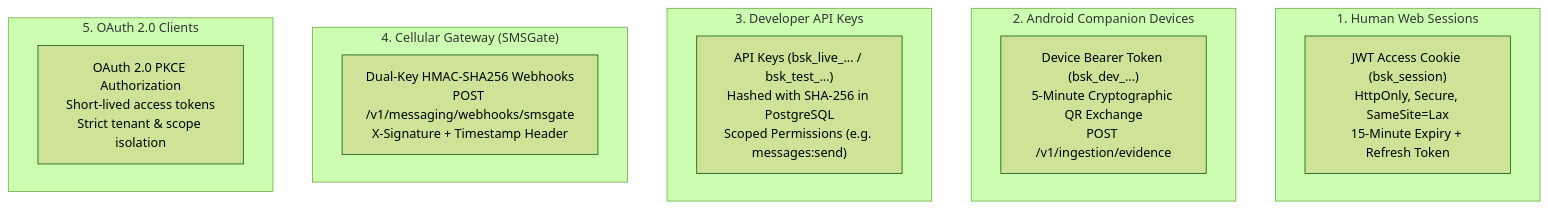
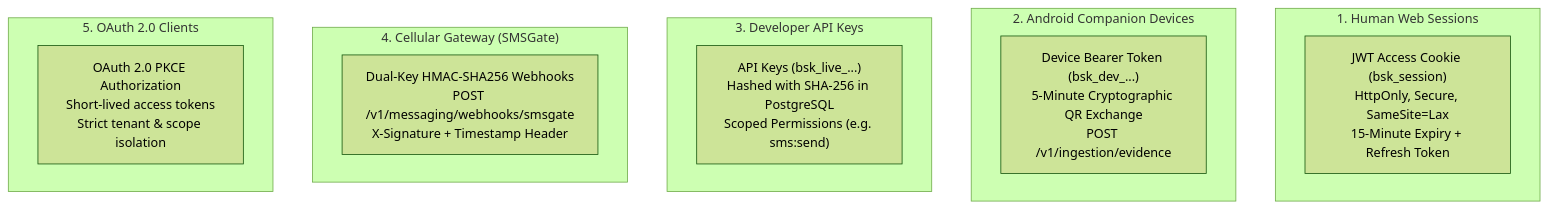
One commit to realmadede/BriskSMS changed the diagram in docs/reports/STAGING_SECURITY_CHECKLIST.md. Above: the diagram before and after it, drawn with Mermaid (forest theme). The commit also changed other lines of this file and 178 other files, not shown here.

````diff
--- a/docs/reports/STAGING_SECURITY_CHECKLIST.md
+++ b/docs/reports/STAGING_SECURITY_CHECKLIST.md
@@ -25,22 +25,22 @@
 ```mermaid
 graph TD
     subgraph Boundary_1["1. Human Web Sessions"]
         B1["JWT Access Cookie (bsk_session)<br/>HttpOnly, Secure, SameSite=Lax<br/>15-Minute Expiry + Refresh Token"]
     end
 
     subgraph Boundary_2["2. Android Companion Devices"]
         B2["Device Bearer Token (bsk_dev_...)<br/>5-Minute Cryptographic QR Exchange<br/>POST /v1/ingestion/evidence"]
     end
 
     subgraph Boundary_3["3. Developer API Keys"]
-        B3["API Keys (bsk_live_... / bsk_test_...)<br/>Hashed with SHA-256 in PostgreSQL<br/>Scoped Permissions (e.g. messages:send)"]
+        B3["API Keys (bsk_live_...)<br/>Hashed with SHA-256 in PostgreSQL<br/>Scoped Permissions (e.g. sms:send)"]
     end
 
     subgraph Boundary_4["4. Cellular Gateway (SMSGate)"]
         B4["Dual-Key HMAC-SHA256 Webhooks<br/>POST /v1/messaging/webhooks/smsgate<br/>X-Signature + Timestamp Header"]
     end
 
     subgraph Boundary_5["5. OAuth 2.0 Clients"]
         B5["OAuth 2.0 PKCE Authorization<br/>Short-lived access tokens<br/>Strict tenant & scope isolation"]
     end
 ```
````
